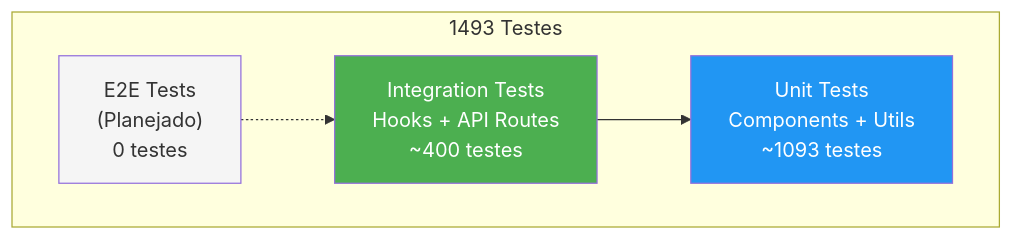
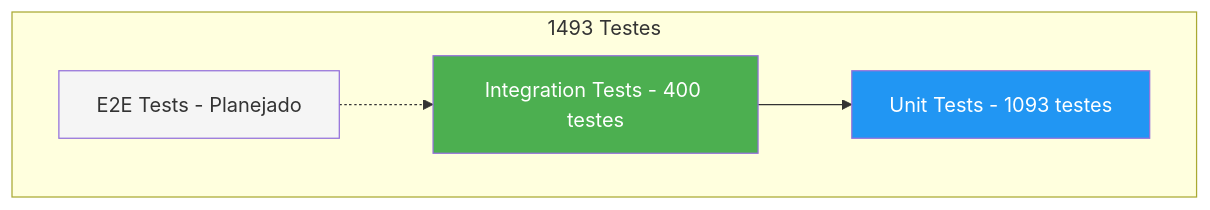
Diagram 13 of 14 in docs/diagrams.md (Fioravante1/brain-agriculture), drawn with Mermaid before and after one commit. The commit also changed other lines of this file, not shown here.

First line of the commit message:
refactor(docs): atualiza formatação de diagramas no markdown

````diff
--- a/docs/diagrams.md
+++ b/docs/diagrams.md
@@ -689,15 +676,15 @@
 ```mermaid
 graph TB
     subgraph "1493 Testes"
-        E2E["E2E Tests<br/>(Planejado)<br/>0 testes"]
-        INT["Integration Tests<br/>Hooks + API Routes<br/>~400 testes"]
-        UNIT["Unit Tests<br/>Components + Utils<br/>~1093 testes"]
+        E2E[E2E Tests - Planejado]
+        INT[Integration Tests - 400 testes]
+        UNIT[Unit Tests - 1093 testes]
     end
 
     E2E -.-> INT
     INT --> UNIT
 
     style E2E fill:#f5f5f5
     style INT fill:#4caf50,color:#fff
     style UNIT fill:#2196f3,color:#fff
 ```
````
